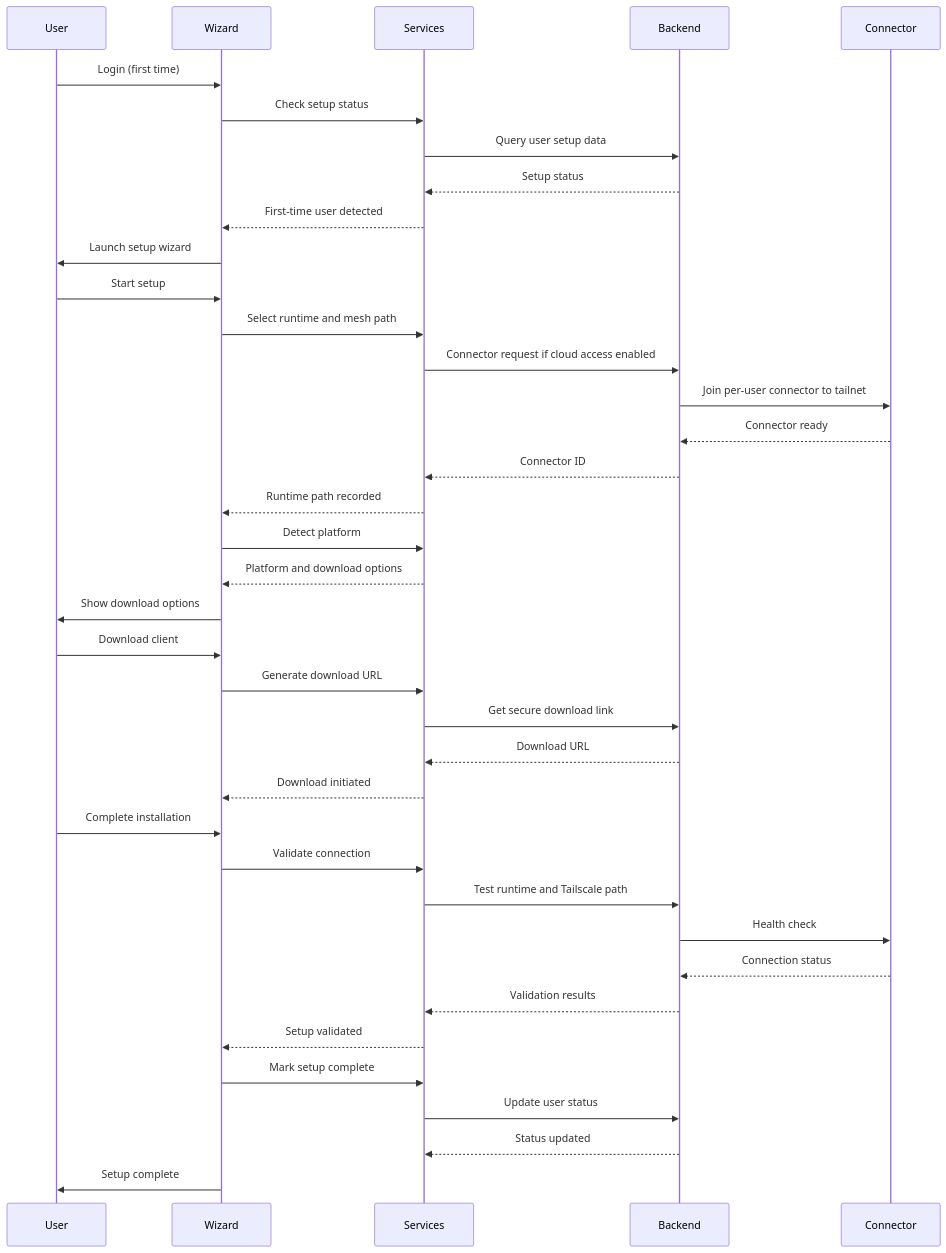
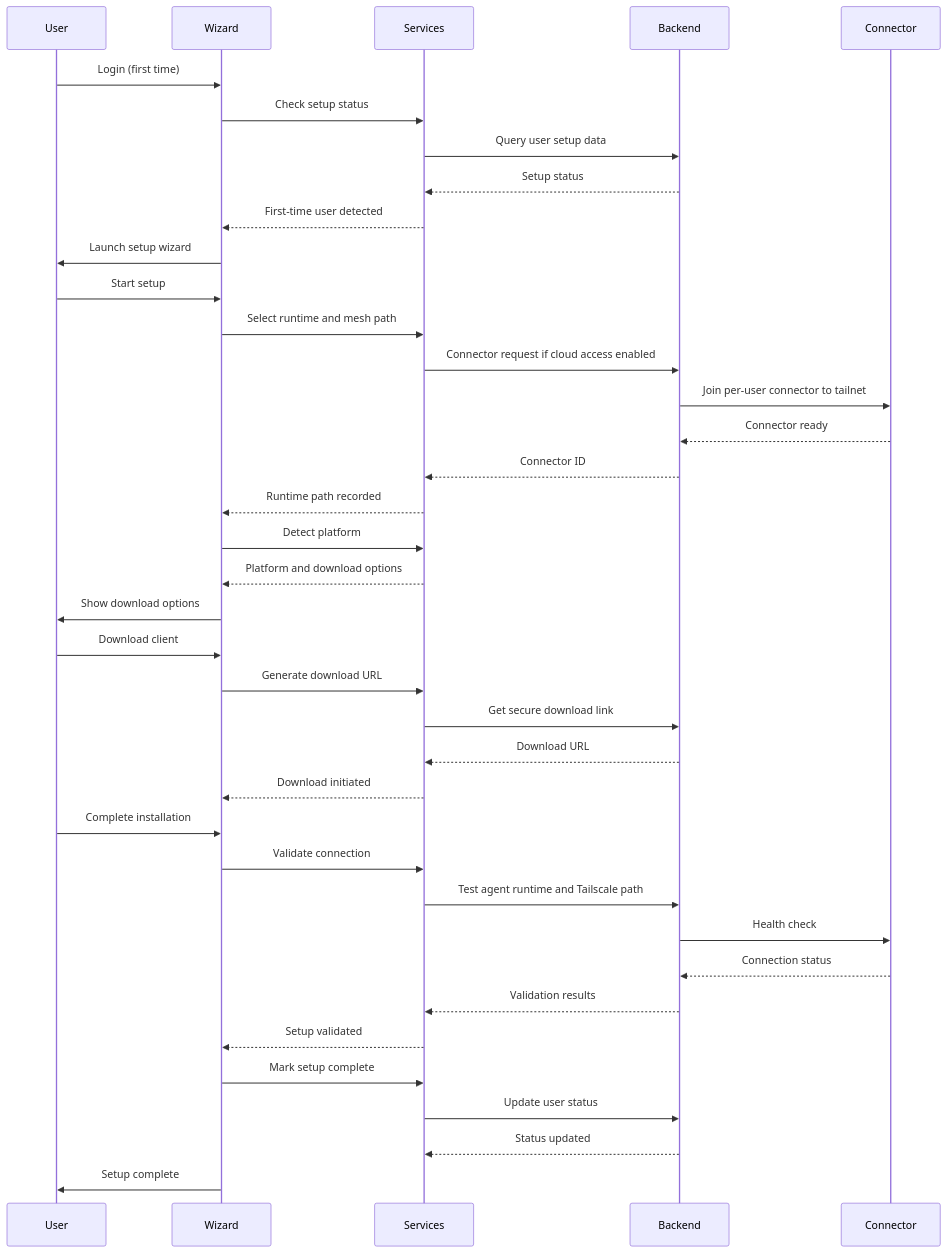
The diagram in docs/development/features/FIRST_TIME_SETUP_WIZARD.md (imrightguy/CloudToLocalLLM), drawn with Mermaid before and after one commit. The commit also changed other lines of this file and 30 other files, not shown here.

````diff
--- a/docs/development/features/FIRST_TIME_SETUP_WIZARD.md
+++ b/docs/development/features/FIRST_TIME_SETUP_WIZARD.md
@@ -84,46 +84,46 @@
 ```mermaid
 sequenceDiagram
     participant U as User
     participant W as Wizard
     participant S as Services
     participant B as Backend
     participant C as Connector
 
     U->>W: Login (first time)
     W->>S: Check setup status
     S->>B: Query user setup data
     B-->>S: Setup status
     S-->>W: First-time user detected
     W->>U: Launch setup wizard
     
     U->>W: Start setup
     W->>S: Select runtime and mesh path
     S->>B: Connector request if cloud access enabled
     B->>C: Join per-user connector to tailnet
     C-->>B: Connector ready
     B-->>S: Connector ID
     S-->>W: Runtime path recorded
     
     W->>S: Detect platform
     S-->>W: Platform and download options
     W->>U: Show download options
     
     U->>W: Download client
     W->>S: Generate download URL
     S->>B: Get secure download link
     B-->>S: Download URL
     S-->>W: Download initiated
     
     U->>W: Complete installation
     W->>S: Validate connection
-    S->>B: Test runtime and Tailscale path
+    S->>B: Test agent runtime and Tailscale path
     B->>C: Health check
     C-->>B: Connection status
     B-->>S: Validation results
     S-->>W: Setup validated
     
     W->>S: Mark setup complete
     S->>B: Update user status
     B-->>S: Status updated
     W->>U: Setup complete
 ```
````
